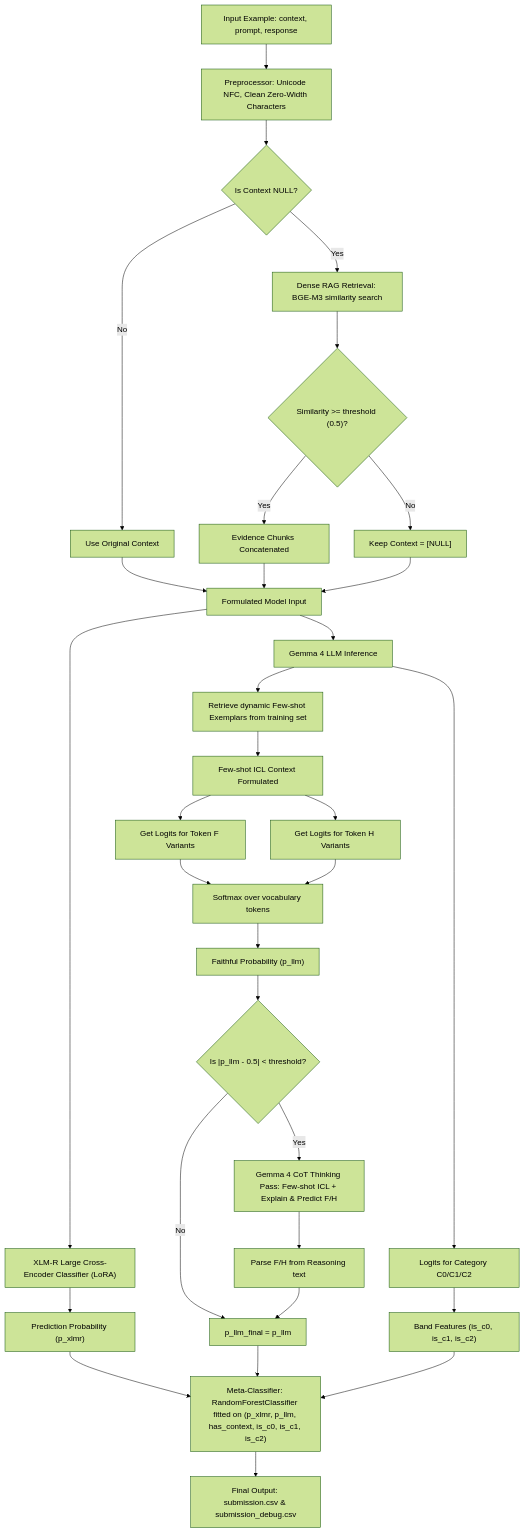
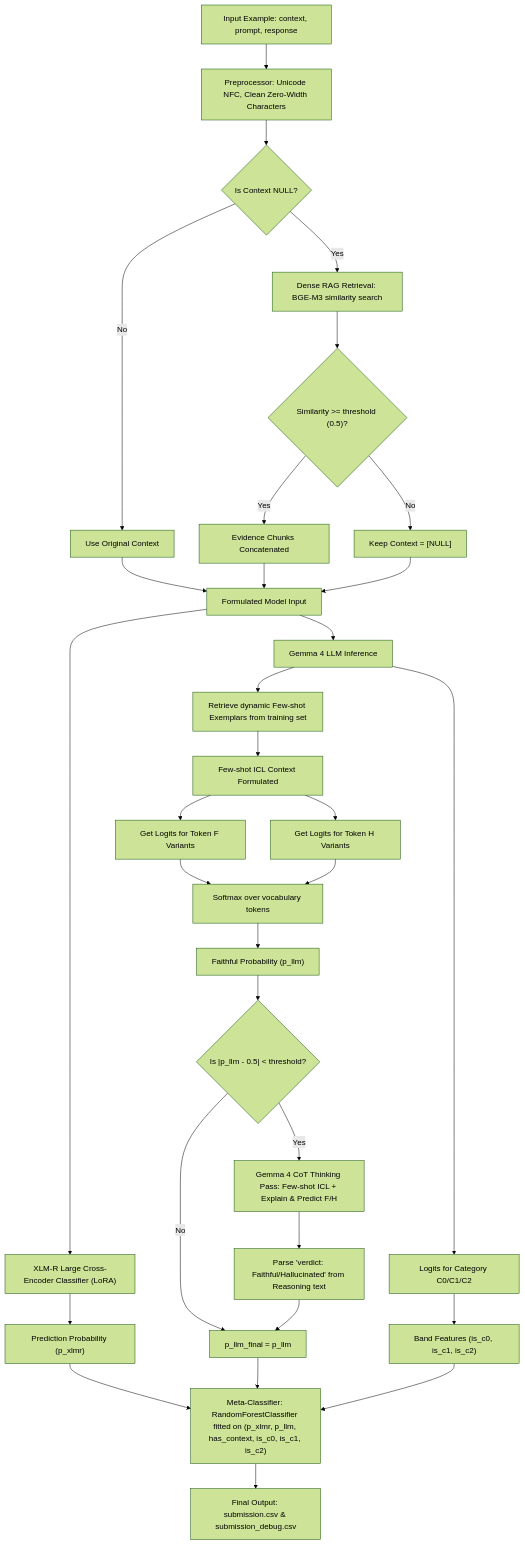
Before and after one commit to hamedzurat/aboltabolyzer: the diagram in README.md, drawn with Mermaid (forest theme). The commit also changed other lines of this file and 9 other files, not shown here.

````diff
--- a/README.md
+++ b/README.md
@@ -13,45 +13,45 @@
 ```mermaid
 graph TD
     Input[Input Example: context, prompt, response] --> Preprocess[Preprocessor: Unicode NFC, Clean Zero-Width Characters]
     Preprocess --> CheckCtx{Is Context NULL?}
 
     CheckCtx -->|No| UseCtx[Use Original Context]
     CheckCtx -->|Yes| RAG[Dense RAG Retrieval: BGE-M3 similarity search]
 
     RAG --> SimilarityGuard{"Similarity >= threshold (0.5)?"}
     SimilarityGuard -->|Yes| ConcatEv[Evidence Chunks Concatenated]
     SimilarityGuard -->|No| NullEv["Keep Context = [NULL]"]
 
     UseCtx --> ModelInput[Formulated Model Input]
     ConcatEv --> ModelInput
     NullEv --> ModelInput
 
     ModelInput --> XLMR["XLM-R Large Cross-Encoder Classifier (LoRA)"]
     ModelInput --> Gemma[Gemma 4 LLM Inference]
 
     XLMR --> PXLM["Prediction Probability (p_xlmr)"]
 
     Gemma --> LogitBand[Logits for Category C0/C1/C2]
     LogitBand --> Band["Band Features (is_c0, is_c1, is_c2)"]
 
     Gemma --> Exemplars[Retrieve dynamic Few-shot Exemplars from training set]
     Exemplars --> FewShotPrompt[Few-shot ICL Context Formulated]
 
     FewShotPrompt --> LogitF[Get Logits for Token F Variants]
     FewShotPrompt --> LogitH[Get Logits for Token H Variants]
     LogitF --> Softmax[Softmax over vocabulary tokens]
     LogitH --> Softmax
     Softmax --> Pllm["Faithful Probability (p_llm)"]
 
     Pllm --> Gate{"Is |p_llm - 0.5| < threshold?"}
     Gate -->|No| PllmFinal["p_llm_final = p_llm"]
     Gate -->|Yes| CoT["Gemma 4 CoT Thinking Pass: Few-shot ICL + Explain & Predict F/H"]
-    CoT --> Parse[Parse F/H from Reasoning text]
+    CoT --> Parse[Parse 'verdict: Faithful/Hallucinated' from Reasoning text]
     Parse --> PllmFinal
 
     PXLM --> MetaClassifier["Meta-Classifier: RandomForestClassifier fitted on (p_xlmr, p_llm, has_context, is_c0, is_c1, is_c2)"]
     PllmFinal --> MetaClassifier
     Band --> MetaClassifier
 
     MetaClassifier --> Output["Final Output: submission.csv & submission_debug.csv"]
 ```
````
